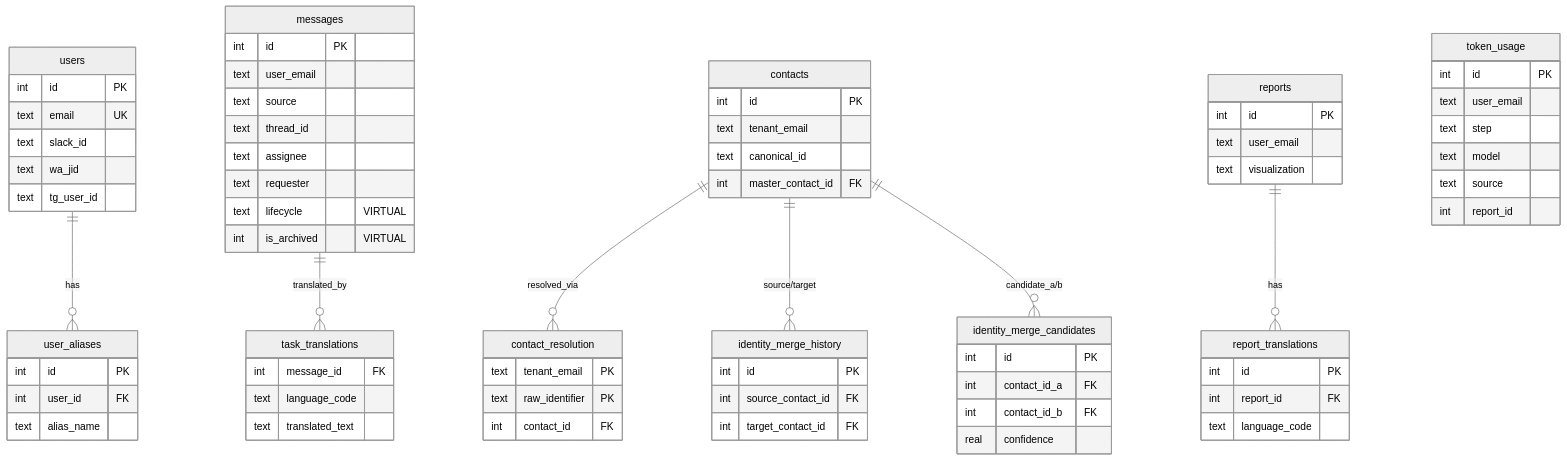
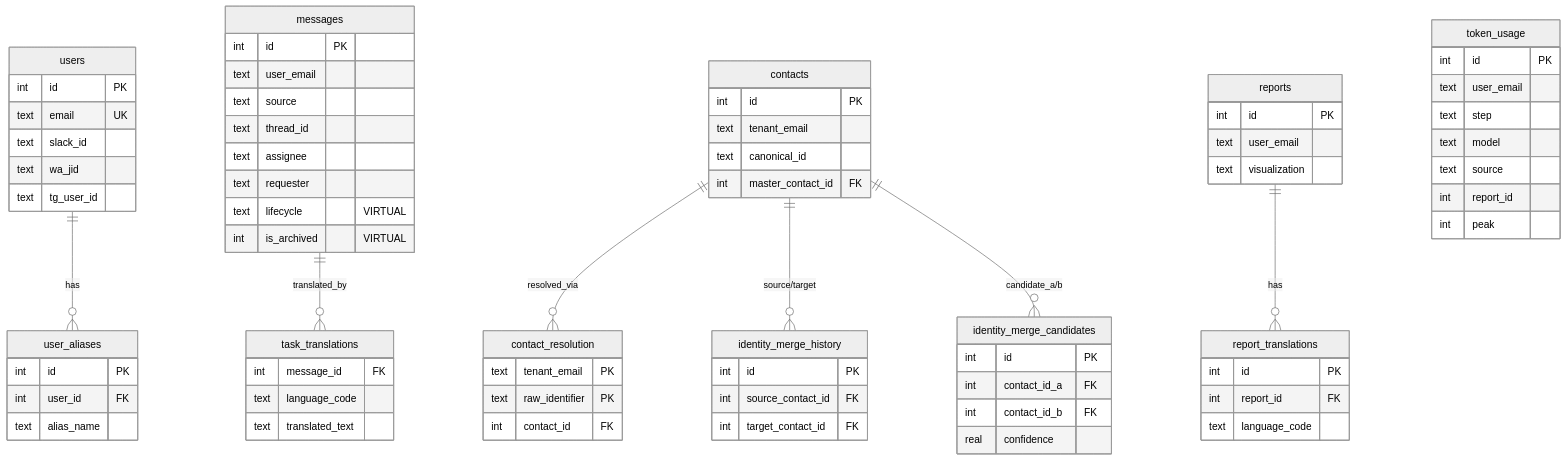
The first of 2 diagrams in docs/comprehensive/04-data-layer.md (JaejinSong/message-consolidator), drawn with Mermaid (neutral theme) before and after one commit. The commit also changed other lines of this file and 14 other files, not shown here.

````diff
--- a/docs/comprehensive/04-data-layer.md
+++ b/docs/comprehensive/04-data-layer.md
@@ -211,77 +211,78 @@
 ```mermaid
 erDiagram
     users {
         int id PK
         text email UK
         text slack_id
         text wa_jid
         text tg_user_id
     }
     user_aliases {
         int id PK
         int user_id FK
         text alias_name
     }
     messages {
         int id PK
         text user_email
         text source
         text thread_id
         text assignee
         text requester
         text lifecycle "VIRTUAL"
         int is_archived "VIRTUAL"
     }
     task_translations {
         int message_id FK
         text language_code
         text translated_text
     }
     contacts {
         int id PK
         text tenant_email
         text canonical_id
         int master_contact_id FK
     }
     contact_resolution {
         text tenant_email PK
         text raw_identifier PK
         int contact_id FK
     }
     identity_merge_history {
         int id PK
         int source_contact_id FK
         int target_contact_id FK
     }
     identity_merge_candidates {
         int id PK
         int contact_id_a FK
         int contact_id_b FK
         real confidence
     }
     reports {
         int id PK
         text user_email
         text visualization
     }
     report_translations {
         int id PK
         int report_id FK
         text language_code
     }
     token_usage {
         int id PK
         text user_email
         text step
         text model
         text source
         int report_id
+        int peak
     }
 
     users ||--o{ user_aliases : "has"
     messages ||--o{ task_translations : "translated_by"
     contacts ||--o{ contact_resolution : "resolved_via"
     contacts ||--o{ identity_merge_history : "source/target"
     contacts ||--o{ identity_merge_candidates : "candidate_a/b"
     reports ||--o{ report_translations : "has"
 ```
````
